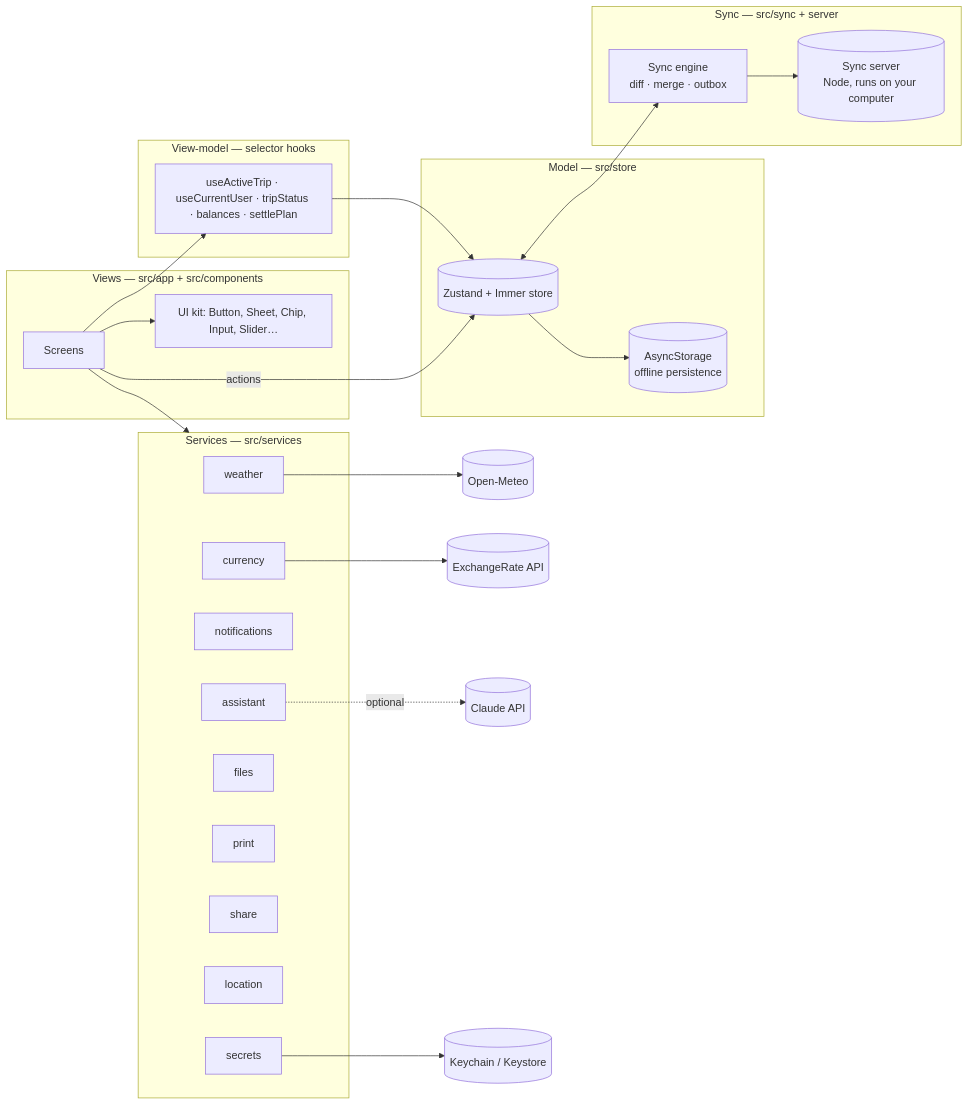
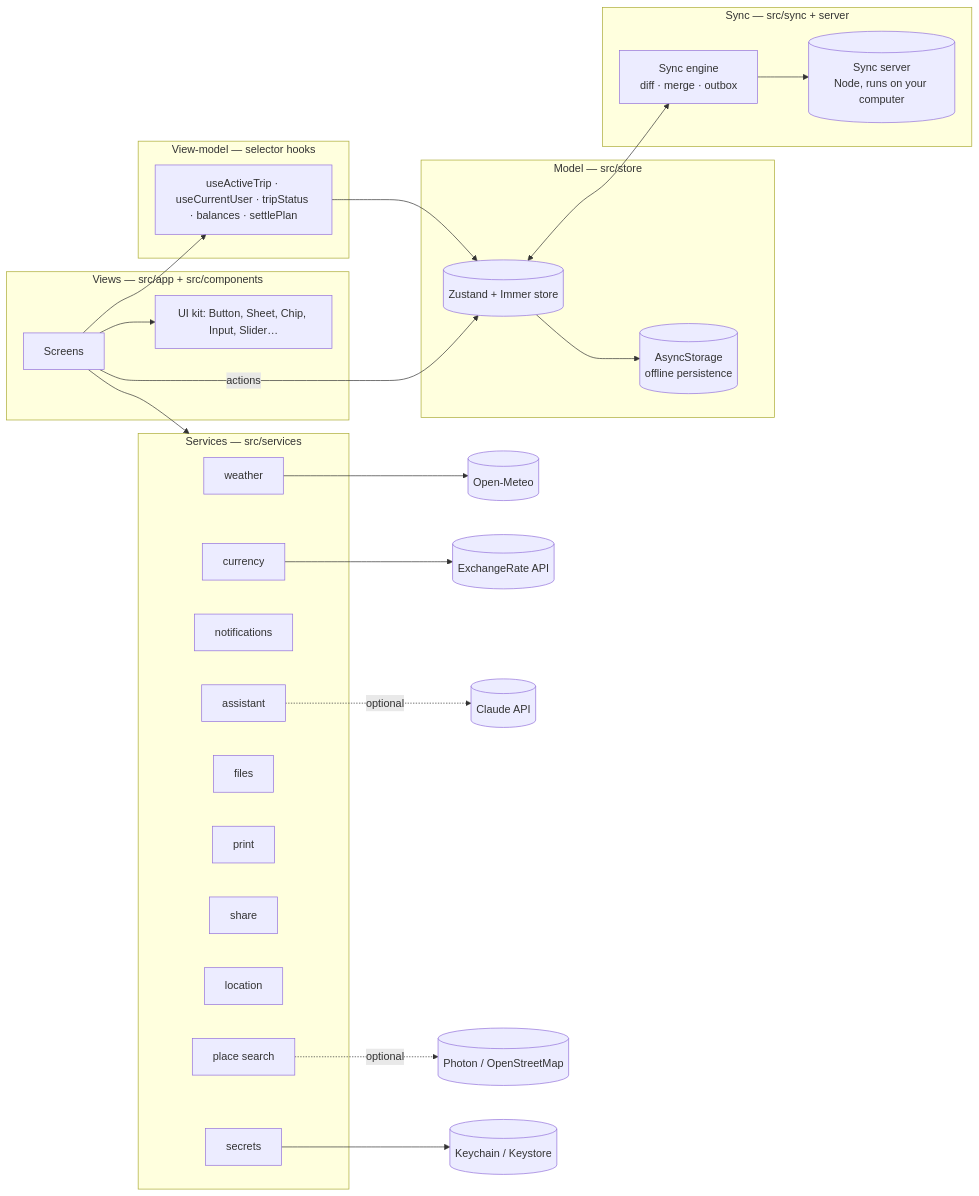
The third of 4 diagrams in together-we-go/docs/PLANNING.md (Zikobob/Stock-research), drawn with Mermaid before and after one commit. The commit also changed other lines of this file and 54 other files, not shown here.

````diff
--- a/together-we-go/docs/PLANNING.md
+++ b/together-we-go/docs/PLANNING.md
@@ -54,26 +54,27 @@
 ```mermaid
 flowchart LR
   subgraph View[Views — src/app + src/components]
     S[Screens] --> UI[UI kit: Button, Sheet, Chip, Input, Slider…]
   end
   subgraph VM[View-model — selector hooks]
     H[useActiveTrip · useCurrentUser · tripStatus · balances · settlePlan]
   end
   subgraph Model[Model — src/store]
     Z[(Zustand + Immer store)] --> P[(AsyncStorage<br/>offline persistence)]
   end
   subgraph Svc[Services — src/services]
-    W[weather] & C[currency] & N[notifications] & AI[assistant] & F[files] & PR[print] & SH[share] & L[location] & SE[secrets]
+    W[weather] & C[currency] & N[notifications] & AI[assistant] & F[files] & PR[print] & SH[share] & L[location] & SE[secrets] & PS[place search]
   end
   subgraph Sync[Sync — src/sync + server]
     E[Sync engine<br/>diff · merge · outbox] --> SV[(Sync server<br/>Node, runs on your computer)]
   end
   S --> H --> Z
   S -- actions --> Z
   S --> Svc
   Z <--> E
   W --> OM[(Open-Meteo)]
   C --> ER[(ExchangeRate API)]
   AI -. optional .-> CL[(Claude API)]
+  PS -. optional .-> PH[(Photon / OpenStreetMap)]
   SE --> KC[(Keychain / Keystore)]
 ```
````
